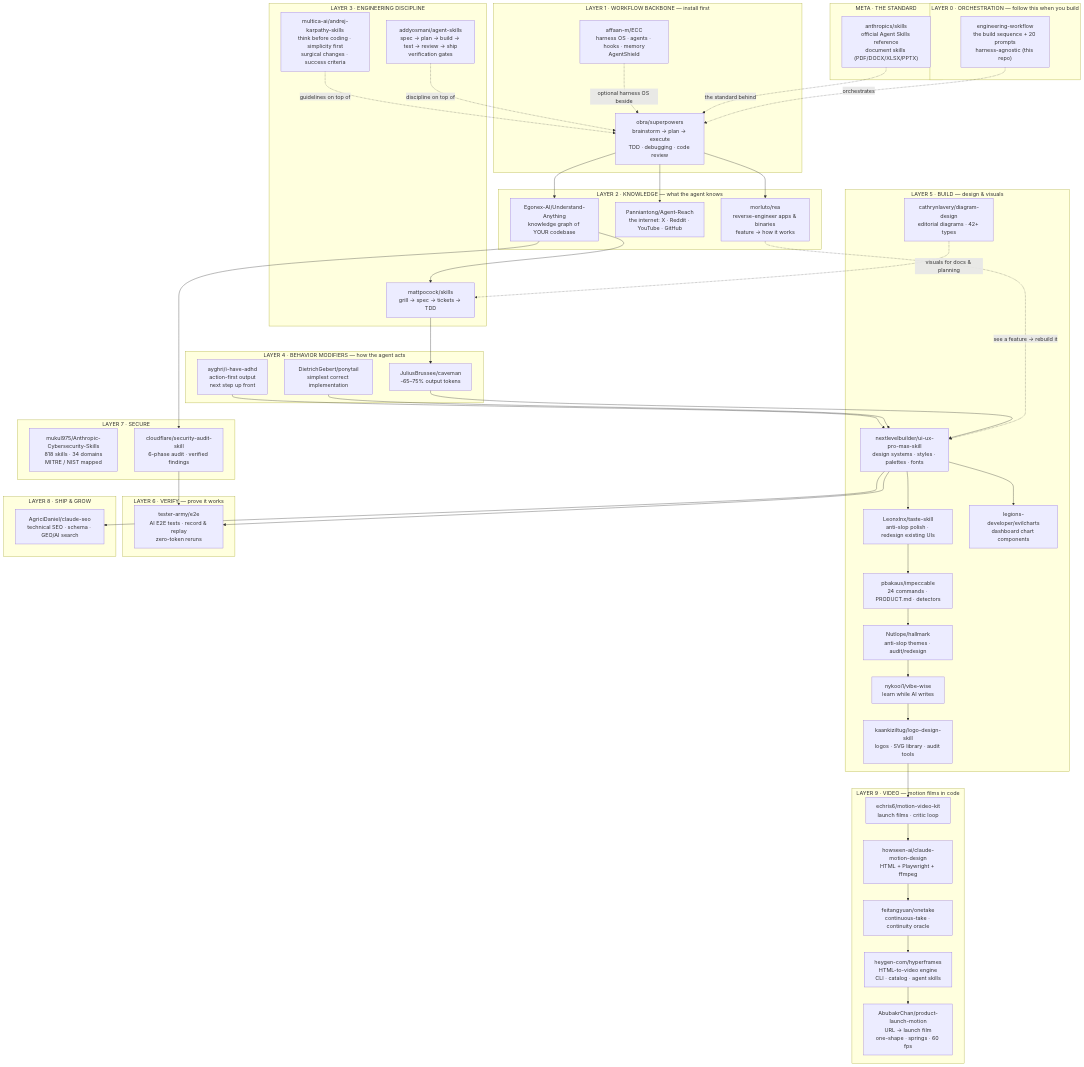
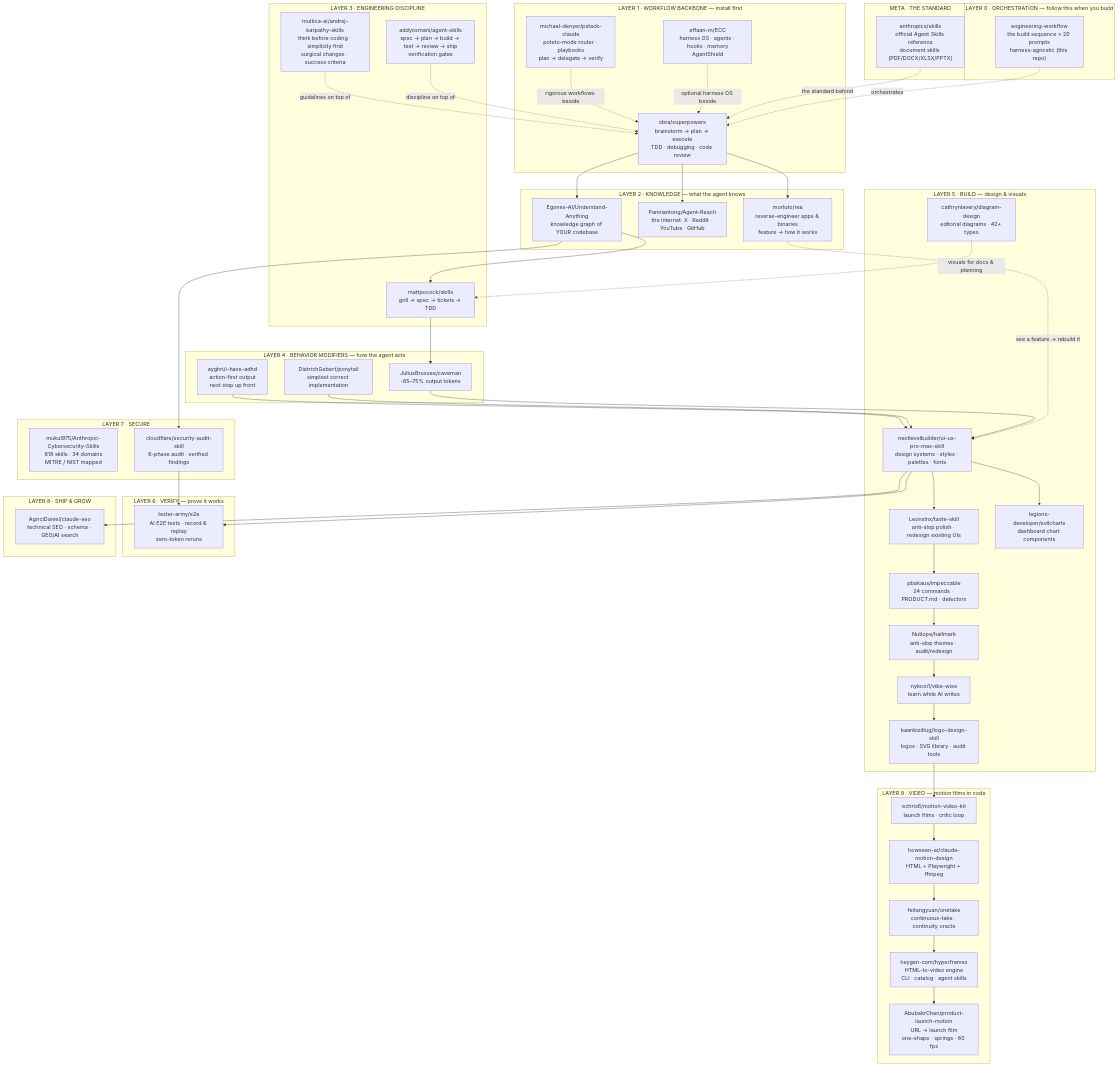
The diagram in README.md (aaronjoseph94/aarons-skill-stack), drawn with Mermaid before and after one commit. The commit also changed other lines of this file and 3 other files, not shown here.

Commit message:
Add pstack (#31): rigorous agent workflows via poteto-mode

```diff
--- a/README.md
+++ b/README.md
@@ -81,6 +82,7 @@
     subgraph L1["LAYER 1 · WORKFLOW BACKBONE — install first"]
         SP["obra/superpowers<br/>brainstorm → plan → execute<br/>TDD · debugging · code review"]
         ECC["affaan-m/ECC<br/>harness OS · agents · hooks · memory<br/>AgentShield"]
+        PS["michael-denyer/pstack-claude<br/>poteto-mode router · playbooks<br/>plan → delegate → verify"]
     end
     subgraph L2["LAYER 2 · KNOWLEDGE — what the agent knows"]
         UA["Egonex-AI/Understand-Anything<br/>knowledge graph of YOUR codebase"]
@@ -131,6 +133,7 @@
     SP --> AR
     SP --> REA
     ECC -. optional harness OS beside .-> SP
+    PS -. rigorous workflows beside .-> SP
     REA -. see a feature → rebuild it .-> UX
     UA --> MP
     MP --> CV
```
